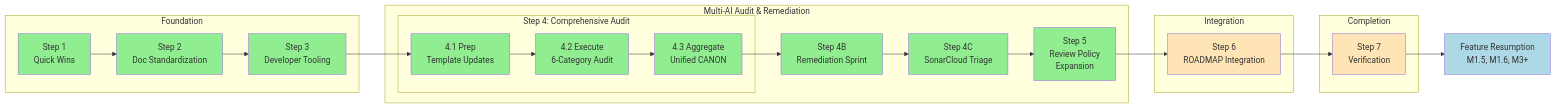
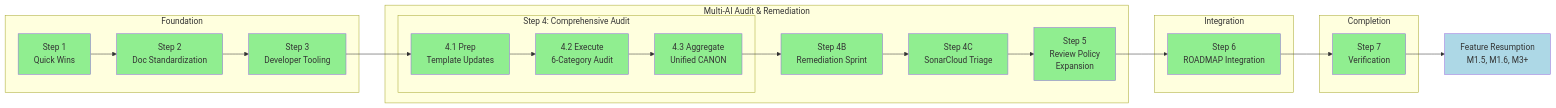
One commit to jasonmichaelbell78-creator/sonash-v0 changed the diagram in docs/INTEGRATED_IMPROVEMENT_PLAN.md. Above: the diagram before and after it, drawn with Mermaid. The commit also changed other lines of this file and 2 other files, not shown here.

````diff
--- a/docs/INTEGRATED_IMPROVEMENT_PLAN.md
+++ b/docs/INTEGRATED_IMPROVEMENT_PLAN.md
@@ -54,53 +52,53 @@
 ```mermaid
 flowchart LR
     subgraph Phase1["Foundation"]
         S1[Step 1\nQuick Wins]
         S2[Step 2\nDoc Standardization]
         S3[Step 3\nDeveloper Tooling]
     end
 
     subgraph Phase2["Multi-AI Audit & Remediation"]
         subgraph S4["Step 4: Comprehensive Audit"]
             S4a[4.1 Prep\nTemplate Updates]
             S4b[4.2 Execute\n6-Category Audit]
             S4c[4.3 Aggregate\nUnified CANON]
         end
         S4B[Step 4B\nRemediation Sprint]
         S4C[Step 4C\nSonarCloud Triage]
         S5[Step 5\nReview Policy\nExpansion]
     end
 
     subgraph Phase3["Integration"]
         S6[Step 6\nROADMAP Integration]
     end
 
     subgraph Phase4["Completion"]
         S7[Step 7\nVerification]
     end
 
     S1 --> S2
     S2 --> S3
     S3 --> S4a
     S4a --> S4b
     S4b --> S4c
     S4c --> S4B
     S4B --> S4C
     S4C --> S5
     S5 --> S6
     S6 --> S7
 
     S7 --> FR[Feature Resumption\nM1.5, M1.6, M3+]
 
     style S1 fill:#90EE90
     style S2 fill:#90EE90
     style S3 fill:#90EE90
     style S4a fill:#90EE90
     style S4b fill:#90EE90
     style S4c fill:#90EE90
     style S4B fill:#90EE90
     style S4C fill:#90EE90
     style S5 fill:#90EE90
-    style S6 fill:#FFE4B5
-    style S7 fill:#FFE4B5
+    style S6 fill:#90EE90
+    style S7 fill:#90EE90
     style FR fill:#ADD8E6
 ```
````
